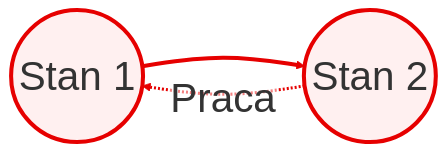
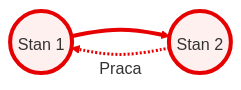
Before and after one commit to moondec/Termodynamika: the second of 2 diagrams in Wyklady/06_II_Zasada_1.qmd, drawn with Mermaid. The commit also changed other lines of this file and 84 other files, not shown here.

First line of the commit message:
Wykłady: diagramy mermaid bez ucinania i dopasowane do slajdów

````diff
--- a/Wyklady/06_II_Zasada_1.qmd
+++ b/Wyklady/06_II_Zasada_1.qmd
@@ -529,11 +533,11 @@
 ```{mermaid}
-%%{init: {'theme': 'default', 'flowchart': { 'htmlLabels': false, 'curve': 'basis' }, 'themeVariables': { 'fontSize': '40px', 'fontFamily': 'Lato', 'primaryColor': '#ffffff', 'edgeLabelBackground':'#ffffff', 'tertiaryColor': '#fff0f0' }}}%%
+%%{init: {'theme': 'default', 'flowchart': {'htmlLabels': false, 'curve': 'basis', 'wrappingWidth': 400, 'subGraphTitleMargin': {'top': 6, 'bottom': 16}}, 'themeVariables': {'fontSize': '16px', 'fontFamily': 'Arial, Helvetica, sans-serif', 'primaryColor': '#ffffff', 'edgeLabelBackground': '#ffffff', 'tertiaryColor': '#fff0f0'}, 'htmlLabels': false}}%%
 flowchart LR
     C((Stan 1)) ==> D((Stan 2))
     D -.-> |Praca| C
 
     style C fill:#fff0f0,stroke:#e60000,stroke-width:4px
     style D fill:#fff0f0,stroke:#e60000,stroke-width:4px
     linkStyle 0 stroke:#e60000,stroke-width:4px
     linkStyle 1 stroke:#e60000,stroke-width:3px
 ```
````
